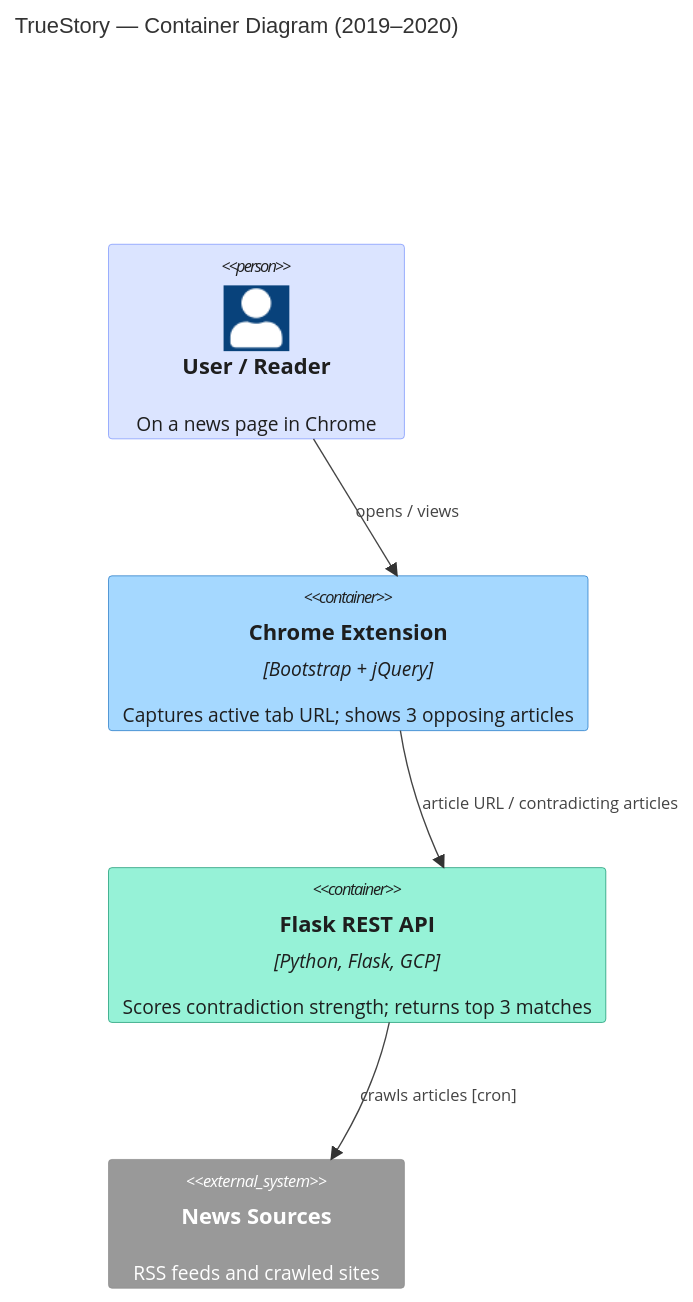
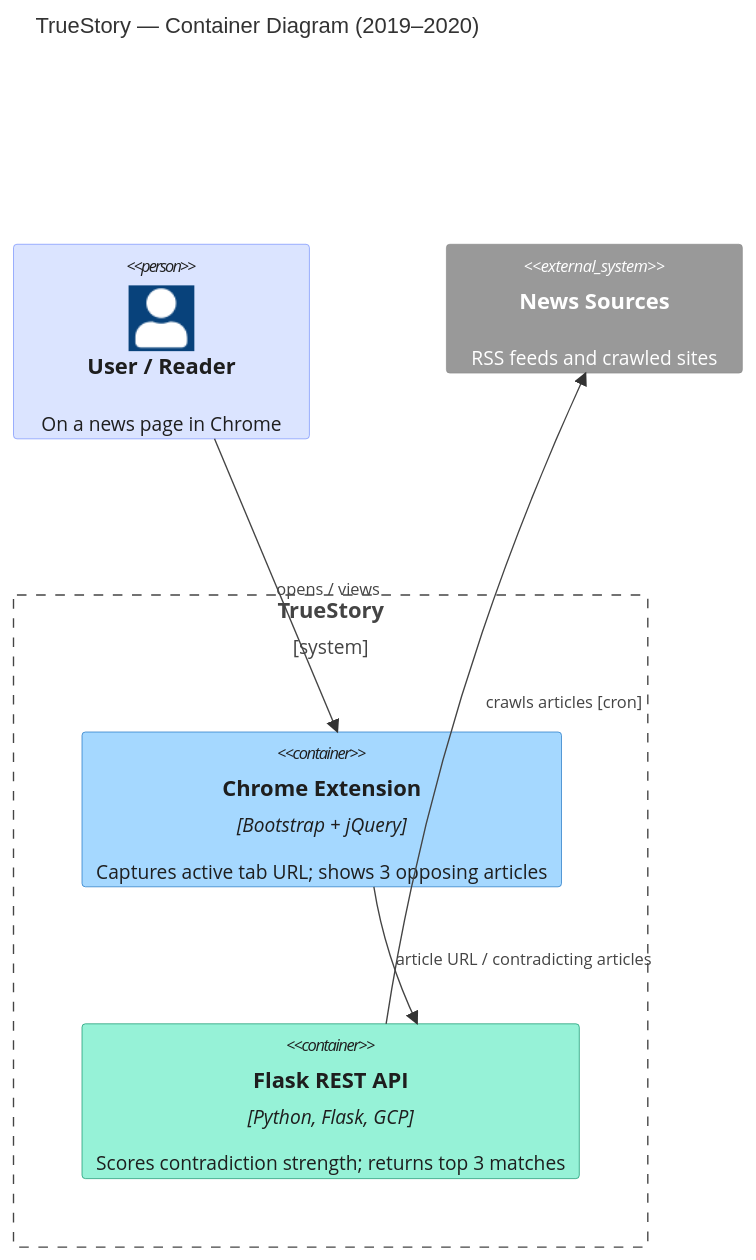
The diagram in src/diagrams/truestory.md (cmin764/portfolio), drawn with Mermaid before and after one commit. The commit also changed 1 other file, not shown here.

Commit message:
Add Boundary wrappers to TrueStory and Knowledge Base Mermaid sources
Align Mermaid diagrams with their Excalidraw renders:
- truestory: wrap Chrome Extension + Flask REST API in Boundary(truestory)
- vonq-knowledge-base: wrap Candidate Chat Widget in
  Boundary(clientEmbed, "Embedded on client career site"); note directional
  Rel anti-pattern risk and fix path in design notes

````diff
--- a/src/diagrams/truestory.md
+++ b/src/diagrams/truestory.md
@@ -3,20 +3,24 @@
 ```mermaid
 C4Container
   title TrueStory — Container Diagram (2019–2020)
 
   Person(user, "User / Reader", "On a news page in Chrome")
-  Container(ext, "Chrome Extension", "Bootstrap + jQuery", "Captures active tab URL; shows 3 opposing articles")
-  Container(api, "Flask REST API", "Python, Flask, GCP", "Scores contradiction strength; returns top 3 matches")
+
+  Boundary(truestory, "TrueStory", "system") {
+    Container(ext, "Chrome Extension", "Bootstrap + jQuery", "Captures active tab URL; shows 3 opposing articles")
+    Container(api, "Flask REST API", "Python, Flask, GCP", "Scores contradiction strength; returns top 3 matches")
+  }
+
   System_Ext(news, "News Sources", "RSS feeds and crawled sites")
 
   Rel(user, ext, "opens / views")
   Rel(ext, api, "article URL / contradicting articles")
   %% api→news: dashed line + filled arrowhead in export (cron dependency, not async queue)
   Rel(api, news, "crawls articles [cron]")
 
   UpdateElementStyle(user, $fontColor="#1e1e1e", $bgColor="#dbe4ff", $borderColor="#748ffc")
   UpdateElementStyle(ext, $fontColor="#1e1e1e", $bgColor="#a5d8ff", $borderColor="#1971c2")
   UpdateElementStyle(api, $fontColor="#1e1e1e", $bgColor="#96f2d7", $borderColor="#099268")
 
   UpdateLayoutConfig($c4ShapeInRow="2", $c4BoundaryInRow="1")
 ```
````
